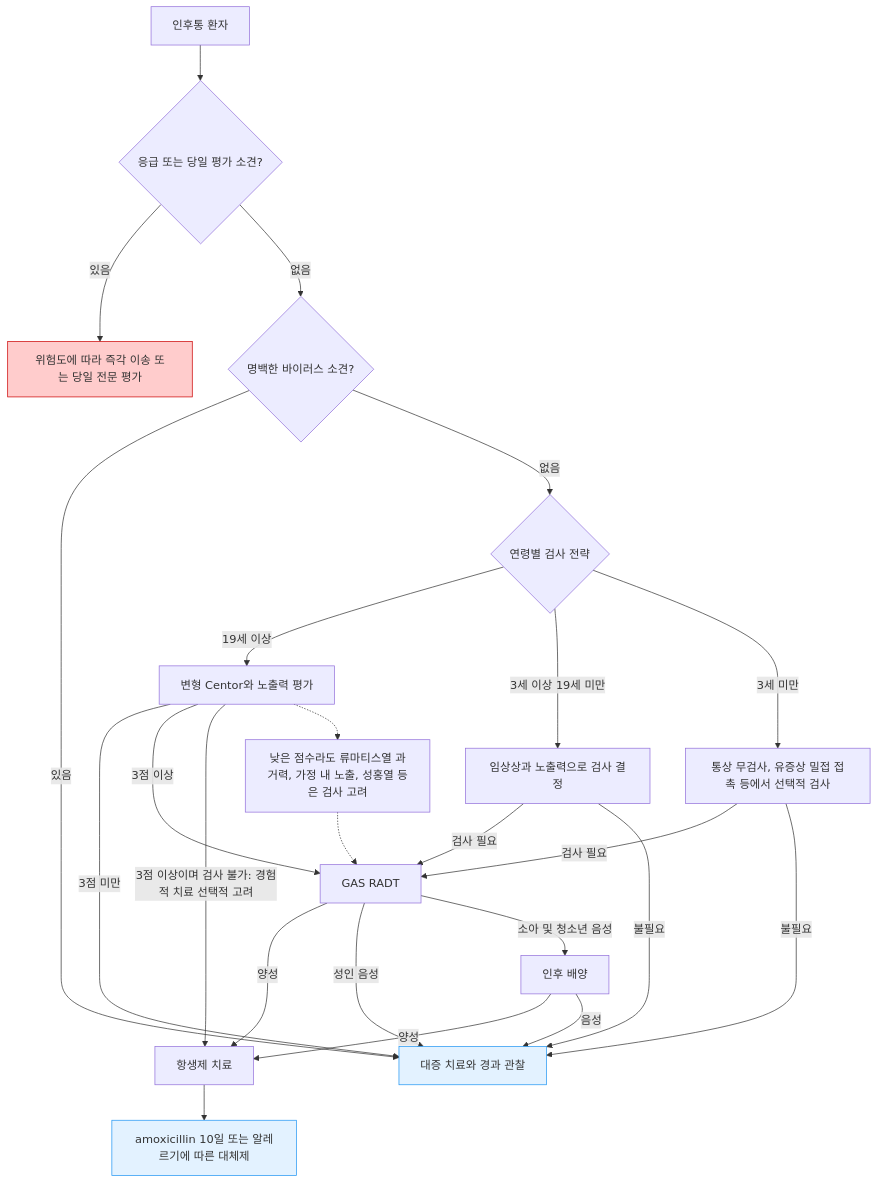
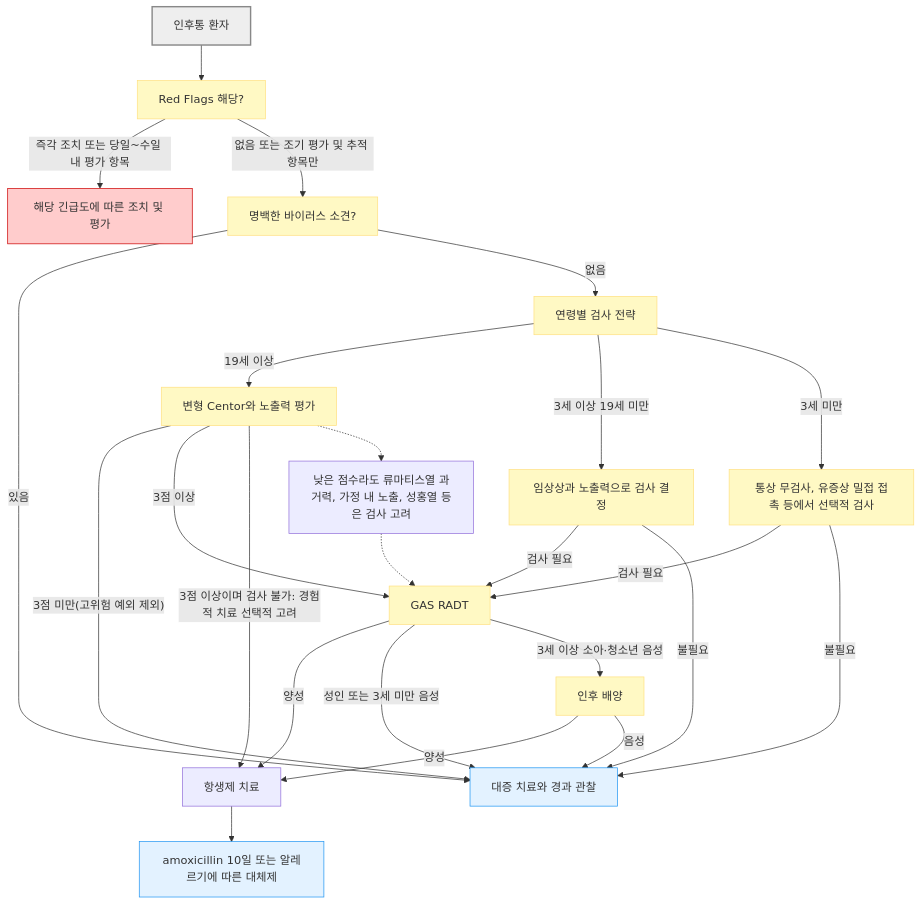
The diagram in 223_/061_-acute-pharyngitis.md (familyoh77/familyoh77), drawn with Mermaid before and after one commit. The commit also changed other lines of this file, not shown here.

````diff
--- a/223_/061_-acute-pharyngitis.md
+++ b/223_/061_-acute-pharyngitis.md
@@ -142,29 +152,38 @@
 ```mermaid
 graph TD
-    A["인후통 환자"] --> B{"응급 또는 당일 평가 소견?"}
-    B -->|있음| C["위험도에 따라 즉각 이송 또는 당일 전문 평가"]
-    B -->|없음| D{"명백한 바이러스 소견?"}
+    A["인후통 환자"] --> B["Red Flags 해당?"]
+    B -->|"즉각 조치 또는 당일~수일 내 평가 항목"| C["해당 긴급도에 따른 조치 및 평가"]
+    B -->|"없음 또는 조기 평가 및 추적 항목만"| D["명백한 바이러스 소견?"]
     D -->|있음| E["대증 치료와 경과 관찰"]
-    D -->|없음| F{"연령별 검사 전략"}
+    D -->|없음| F["연령별 검사 전략"]
     F -->|19세 이상| G["변형 Centor와 노출력 평가"]
-    G -->|"3점 미만"| E
+    G -->|"3점 미만(고위험 예외 제외)"| E
     G -->|"3점 이상"| H["GAS RADT"]
     G -->|"3점 이상이며 검사 불가: 경험적 치료 선택적 고려"| I["항생제 치료"]
     F -->|"3세 이상 19세 미만"| J["임상상과 노출력으로 검사 결정"]
     J -->|검사 필요| H
     J -->|불필요| E
     F -->|3세 미만| K["통상 무검사, 유증상 밀접 접촉 등에서 선택적 검사"]
     K -->|검사 필요| H
     K -->|불필요| E
     H -->|양성| I
-    H -->|성인 음성| E
-    H -->|소아 및 청소년 음성| L["인후 배양"]
+    H -->|"성인 또는 3세 미만 음성"| E
+    H -->|"3세 이상 소아·청소년 음성"| L["인후 배양"]
     L -->|양성| I
     L -->|음성| E
     I --> M["amoxicillin 10일 또는 알레르기에 따른 대체제"]
     G -.-> N["낮은 점수라도 류마티스열 과거력, 가정 내 노출, 성홍열 등은 검사 고려"]
     N -.-> H
+    style A fill:#eeeeee,stroke:#888888,stroke-width:2px
+    style B fill:#fff9c4,stroke:#ffe082
+    style D fill:#fff9c4,stroke:#ffe082
+    style F fill:#fff9c4,stroke:#ffe082
+    style G fill:#fff9c4,stroke:#ffe082
+    style J fill:#fff9c4,stroke:#ffe082
+    style K fill:#fff9c4,stroke:#ffe082
+    style H fill:#fff9c4,stroke:#ffe082
+    style L fill:#fff9c4,stroke:#ffe082
     style C fill:#ffcccc,stroke:#cc0000
     style E fill:#e3f2ff,stroke:#2196f3
     style M fill:#e3f2ff,stroke:#2196f3
 ```
````
